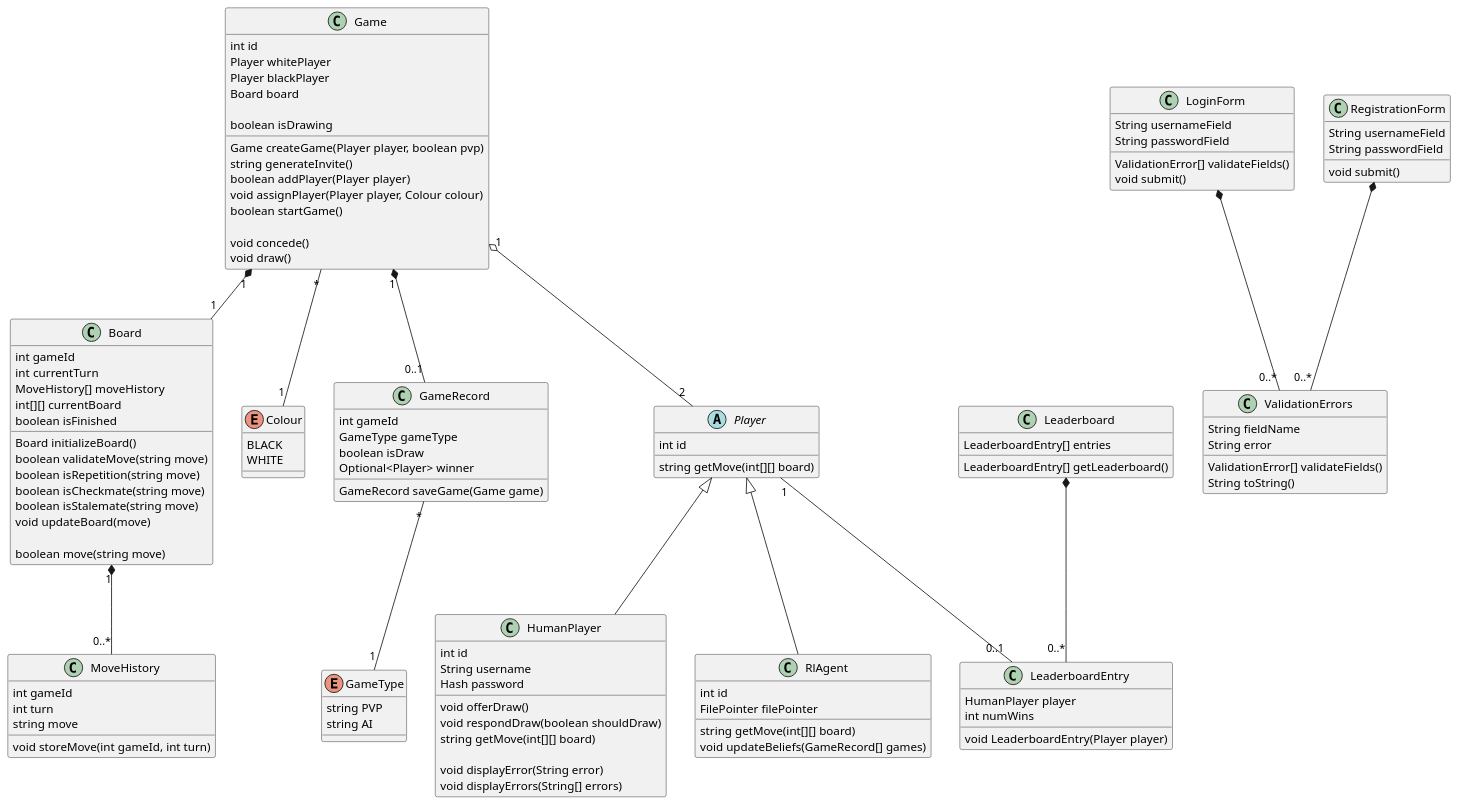
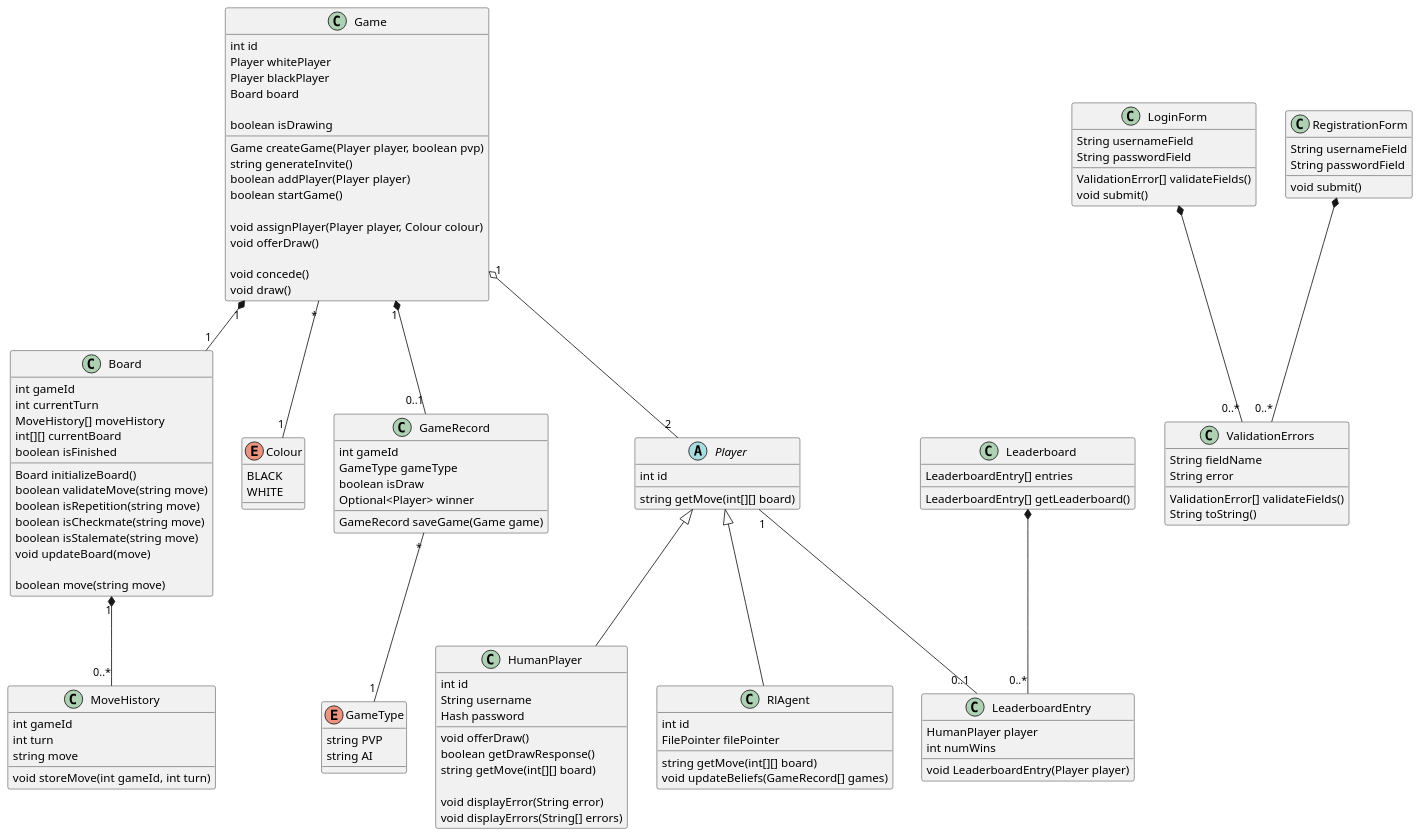
One commit to ECE493-W22-G04/rl-chess changed the diagram in docs/preliminary_design_diagrams/classdiagram.puml. Above: the diagram before and after it, drawn with PlantUML. The commit also changed 1 other file, not shown here.

Commit message:
Make draw consistent with class diagram

```diff
--- a/docs/preliminary_design_diagrams/classdiagram.puml
+++ b/docs/preliminary_design_diagrams/classdiagram.puml
@@ -1,150 +1,152 @@
 @startuml Class Diagram
 
 class Board {
   int gameId
   int currentTurn
   MoveHistory[] moveHistory
   int[][] currentBoard
   boolean isFinished
 
   Board initializeBoard()
   boolean validateMove(string move)
   boolean isRepetition(string move)
   boolean isCheckmate(string move)
   boolean isStalemate(string move)
   void updateBoard(move)
 
   boolean move(string move)
 }
 
 class MoveHistory {
   int gameId
   int turn
   string move
 
   void storeMove(int gameId, int turn)
 }
 
 Board "1" *-- "0..*" MoveHistory
 
 class Game {
   int id
   Player whitePlayer
   Player blackPlayer
   Board board
   
   boolean isDrawing
 
   Game createGame(Player player, boolean pvp)
   string generateInvite()
   boolean addPlayer(Player player)
+  boolean startGame()
+  
   void assignPlayer(Player player, Colour colour)
-  boolean startGame()
+  void offerDraw()
 
   void concede()
   void draw()
 }
 
 enum Colour {
     BLACK
     WHITE
 }
 
 Game "*" -- "1" Colour
 
 Game "1" *-- "1" Board
 
 class GameRecord {
   int gameId
   GameType gameType
   boolean isDraw
   Optional<Player> winner
   
   GameRecord saveGame(Game game)
 }
 
 enum GameType {
   string PVP
   string AI
 }
 
 GameRecord "*" -- "1" GameType
 
 abstract class Player {
   int id
 
   string getMove(int[][] board)
 }
 
 class HumanPlayer {
   int id
   String username
   Hash password
 
   void offerDraw()
-  void respondDraw(boolean shouldDraw)
+  boolean getDrawResponse()
   string getMove(int[][] board)
 
   void displayError(String error)
   void displayErrors(String[] errors)
 }
 
 class RlAgent {
   int id
   FilePointer filePointer
 
   string getMove(int[][] board)
   void updateBeliefs(GameRecord[] games)
 }
 
 Game "1" o-- "2" Player
 
 Player <|-- RlAgent
 Player <|-- HumanPlayer
 
 Game "1" *-- "0..1" GameRecord
 
 class Leaderboard {
   LeaderboardEntry[] entries
 
   LeaderboardEntry[] getLeaderboard()
 }
 
 class LeaderboardEntry {
   HumanPlayer player
   int numWins
 
   void LeaderboardEntry(Player player)
 }
 
 Player "1" -- "0..1" LeaderboardEntry
 
 Leaderboard *-- "0..*" LeaderboardEntry
 
 class LoginForm {
   String usernameField
   String passwordField
 
   ValidationError[] validateFields()
   void submit()
 }
 
 class RegistrationForm {
   String usernameField
   String passwordField
 
   void submit()
 }
 
 class ValidationErrors {
   String fieldName
   String error
 
   ValidationError[] validateFields()
   String toString()
 }
 
 LoginForm *-- "0..*" ValidationErrors
 RegistrationForm *-- "0..*" ValidationErrors
 
 @enduml
```
